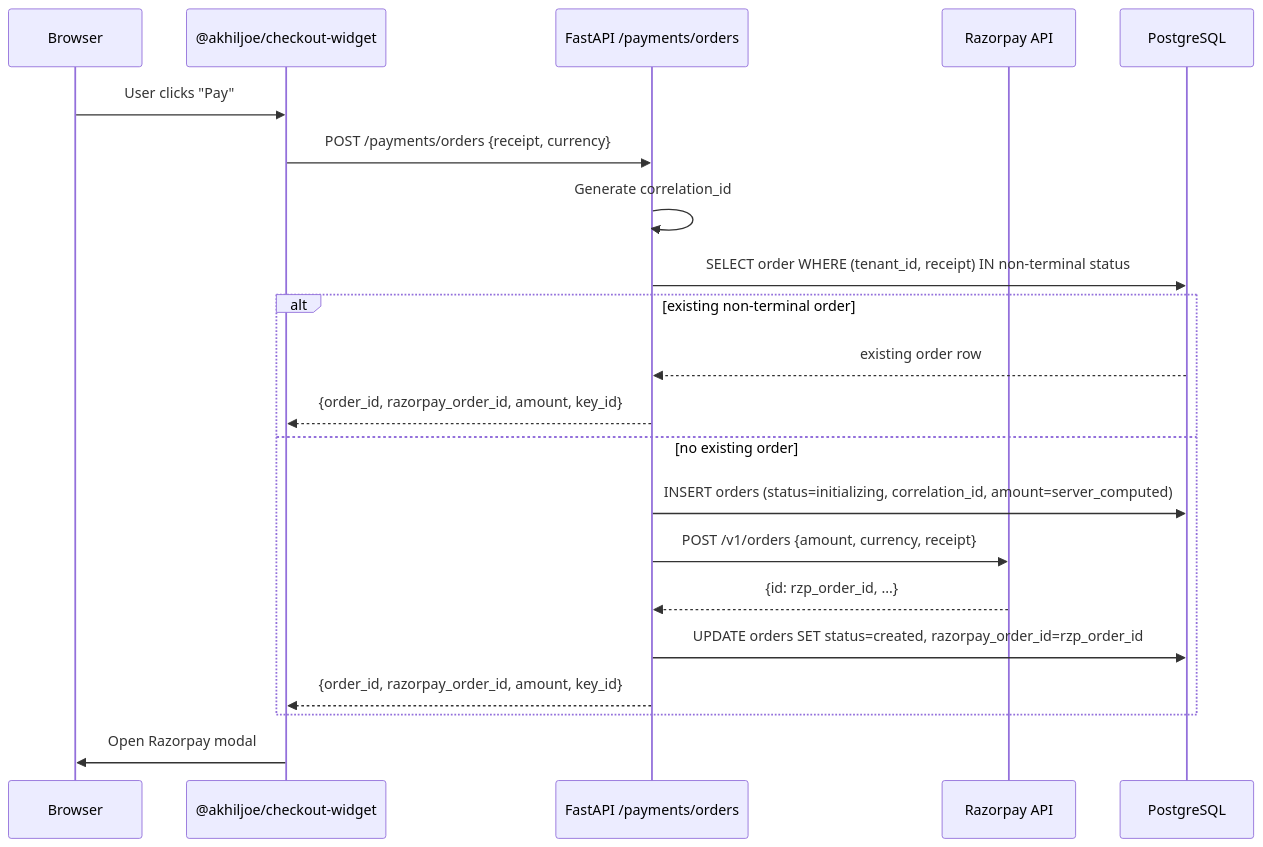
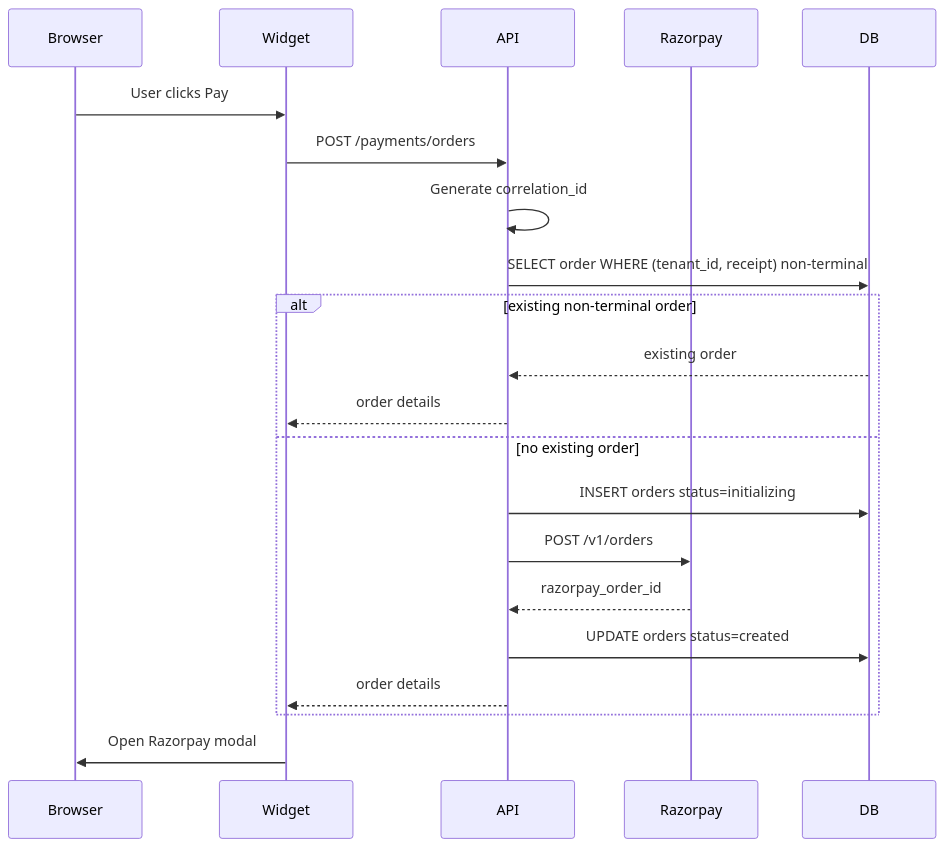
One commit to akhiljoe/razorpay-payment-integration changed the second of 10 diagrams in designs/DESIGN_v5.md. Above: the diagram before and after it, drawn with Mermaid. The commit also changed other lines of this file, not shown here.

Commit message:
Clean up DESIGN_v5: fix mermaid parse errors, trim duplicate content

````diff
--- a/designs/DESIGN_v5.md
+++ b/designs/DESIGN_v5.md
@@ -635,24 +616,24 @@
 ```mermaid
 sequenceDiagram
     participant Browser
-    participant Widget as @akhiljoe/checkout-widget
-    participant API as FastAPI /payments/orders
-    participant RZP as Razorpay API
-    participant DB as PostgreSQL
+    participant Widget
+    participant API
+    participant RZP as Razorpay
+    participant DB
 
-    Browser->>Widget: User clicks "Pay"
-    Widget->>API: POST /payments/orders {receipt, currency}
+    Browser->>Widget: User clicks Pay
+    Widget->>API: POST /payments/orders
     API->>API: Generate correlation_id
-    API->>DB: SELECT order WHERE (tenant_id, receipt) IN non-terminal status
+    API->>DB: SELECT order WHERE (tenant_id, receipt) non-terminal
     alt existing non-terminal order
-        DB-->>API: existing order row
-        API-->>Widget: {order_id, razorpay_order_id, amount, key_id}
+        DB-->>API: existing order
+        API-->>Widget: order details
     else no existing order
-        API->>DB: INSERT orders (status=initializing, correlation_id, amount=server_computed)
-        API->>RZP: POST /v1/orders {amount, currency, receipt}
-        RZP-->>API: {id: rzp_order_id, ...}
-        API->>DB: UPDATE orders SET status=created, razorpay_order_id=rzp_order_id
-        API-->>Widget: {order_id, razorpay_order_id, amount, key_id}
+        API->>DB: INSERT orders status=initializing
+        API->>RZP: POST /v1/orders
+        RZP-->>API: razorpay_order_id
+        API->>DB: UPDATE orders status=created
+        API-->>Widget: order details
     end
     Widget->>Browser: Open Razorpay modal
 ```
````
